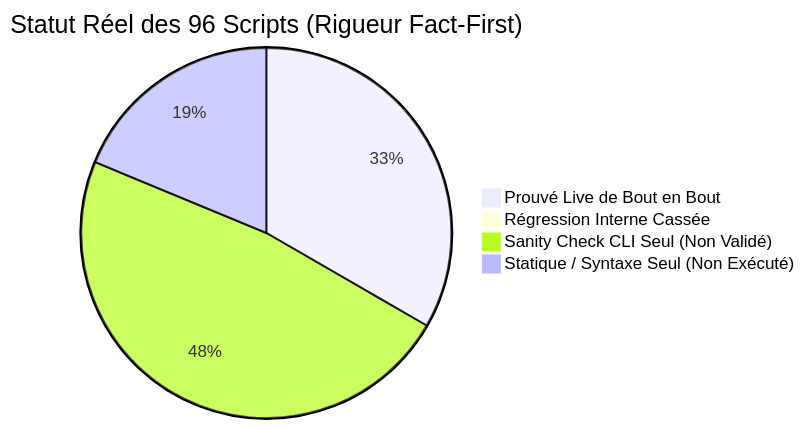
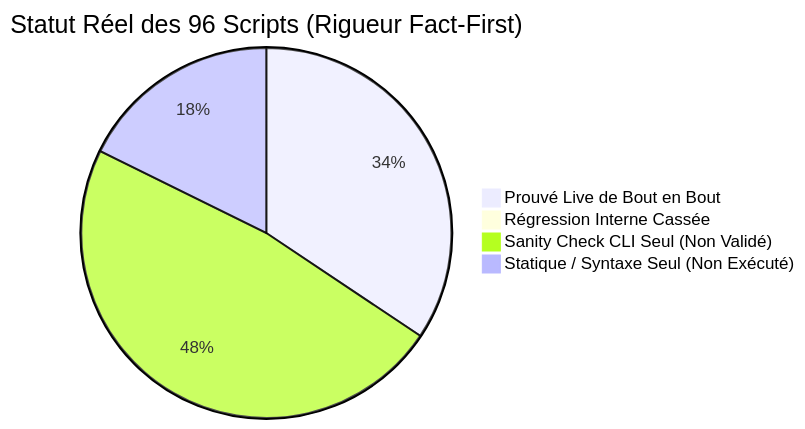
One commit to yoyonel/pydbsrt changed the diagram in docs/reference/2026-11-10-audit-exhaustif-scripts-regressions.md. Above: the diagram before and after it, drawn with Mermaid. The commit also changed other lines of this file and 2 other files, not shown here.

````diff
--- a/docs/reference/2026-11-10-audit-exhaustif-scripts-regressions.md
+++ b/docs/reference/2026-11-10-audit-exhaustif-scripts-regressions.md
@@ -16,7 +16,7 @@
 ```mermaid
 pie title Statut Réel des 96 Scripts (Rigueur Fact-First)
-    "Prouvé Live de Bout en Bout" : 32
+    "Prouvé Live de Bout en Bout" : 33
     "Régression Interne Cassée" : 0
     "Sanity Check CLI Seul (Non Validé)" : 46
-    "Statique / Syntaxe Seul (Non Exécuté)" : 18
+    "Statique / Syntaxe Seul (Non Exécuté)" : 17
 ```
````
